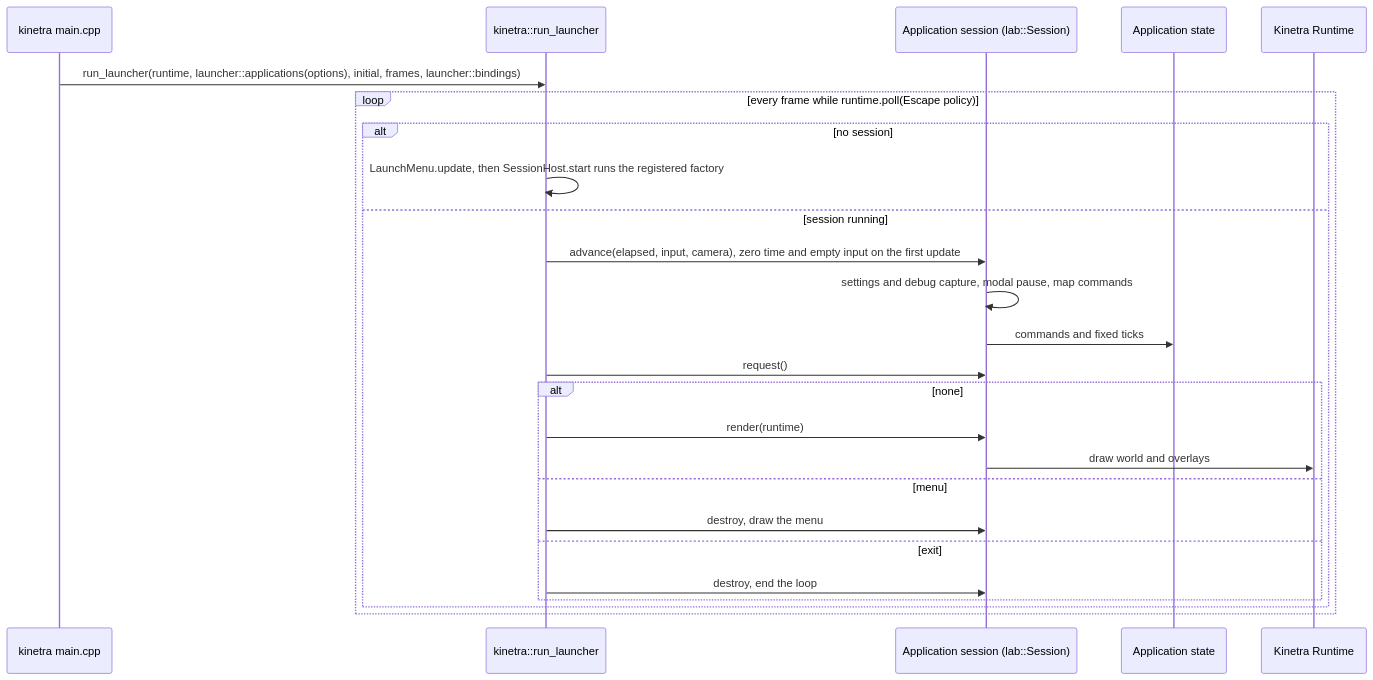
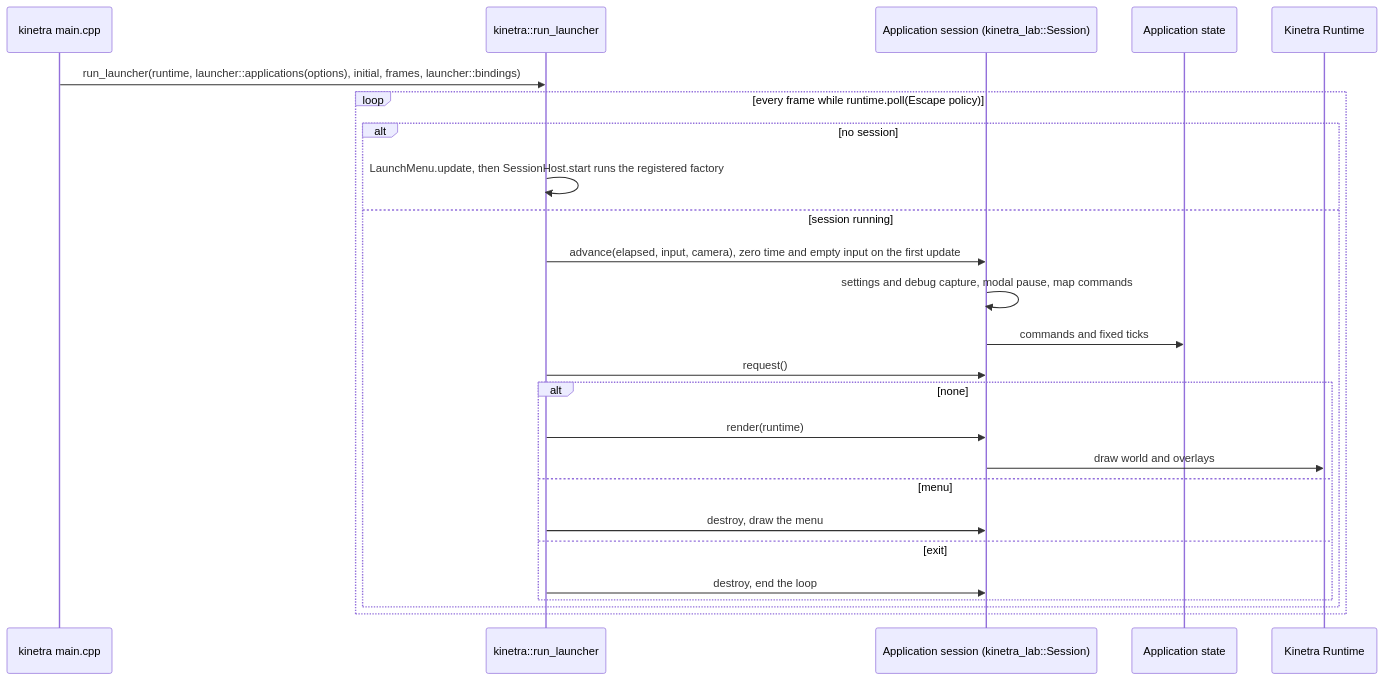
One commit to SMB-M87/Kinetra-Lab changed the second of 2 diagrams in docs/architecture.md. Above: the diagram before and after it, drawn with Mermaid. The commit also changed other lines of this file and 33 other files, not shown here.

First line of the commit message:
refactor(labs): name the shared namespace kinetra_lab

````diff
--- a/docs/architecture.md
+++ b/docs/architecture.md
@@ -50,27 +50,27 @@
 ```mermaid
 sequenceDiagram
     participant Main as kinetra main.cpp
     participant Host as kinetra::run_launcher
-    participant Session as Application session (lab::Session)
+    participant Session as Application session (kinetra_lab::Session)
     participant App as Application state
     participant Runtime as Kinetra Runtime
     Main->>Host: run_launcher(runtime, launcher::applications(options), initial, frames, launcher::bindings)
     loop every frame while runtime.poll(Escape policy)
         alt no session
             Host->>Host: LaunchMenu.update, then SessionHost.start runs the registered factory
         else session running
             Host->>Session: advance(elapsed, input, camera), zero time and empty input on the first update
             Session->>Session: settings and debug capture, modal pause, map commands
             Session->>App: commands and fixed ticks
             Host->>Session: request()
             alt none
                 Host->>Session: render(runtime)
                 Session->>Runtime: draw world and overlays
             else menu
                 Host->>Session: destroy, draw the menu
             else exit
                 Host->>Session: destroy, end the loop
             end
         end
     end
 ```
````
